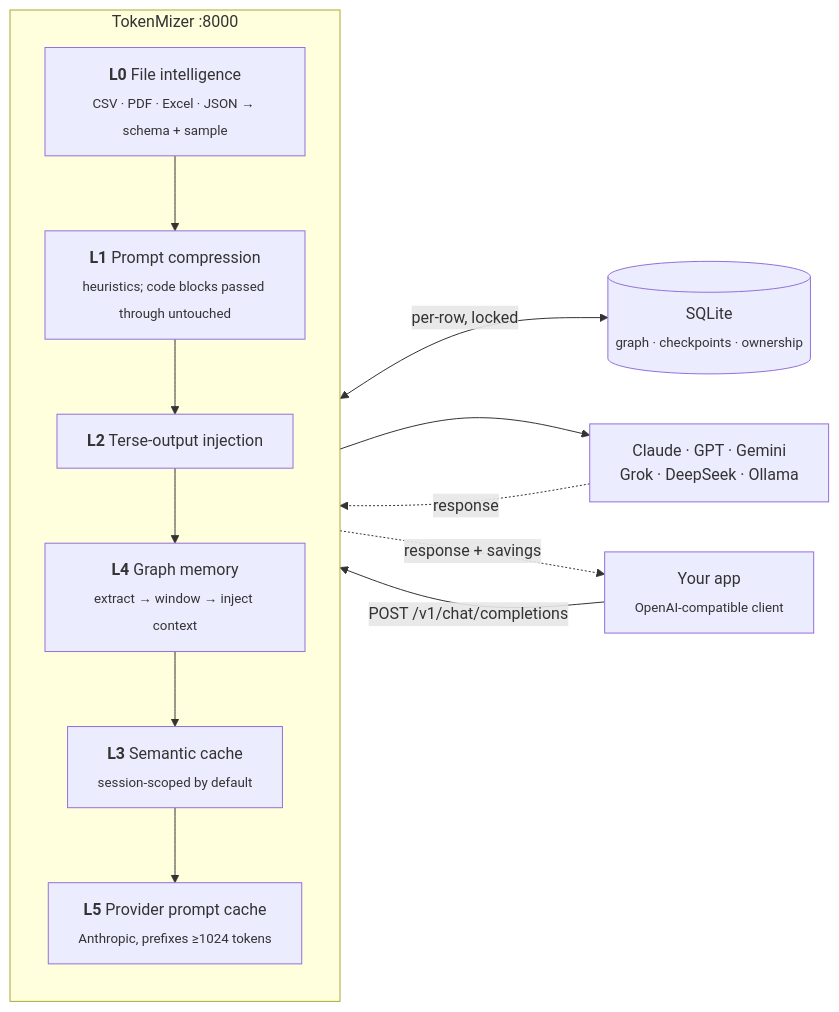
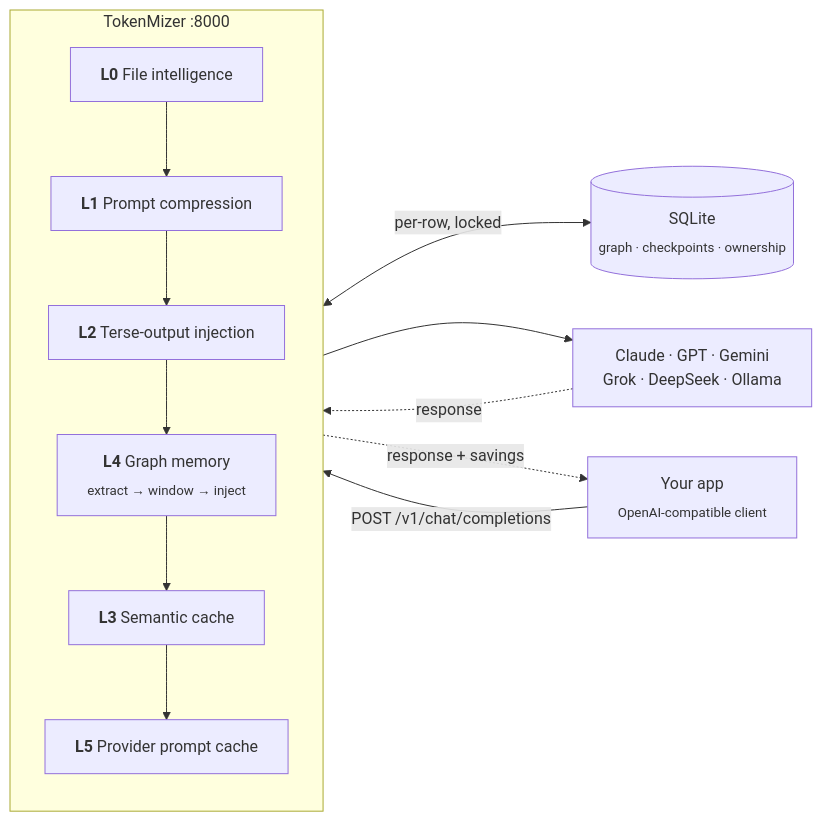
Before and after one commit to Shweta-Mishra-ai/tokenmizer: the diagram in README.md, drawn with Mermaid. The commit also changed other lines of this file and 11 other files, not shown here.

````diff
--- a/README.md
+++ b/README.md
@@ -60,22 +65,22 @@
 ```mermaid
 flowchart LR
     App["Your app<br/><sub>OpenAI-compatible client</sub>"]
     subgraph TM["TokenMizer :8000"]
         direction TB
-        L0["<b>L0</b> File intelligence<br/><sub>CSV · PDF · Excel · JSON → schema + sample</sub>"]
-        L1["<b>L1</b> Prompt compression<br/><sub>heuristics; code blocks passed through untouched</sub>"]
+        L0["<b>L0</b> File intelligence"]
+        L1["<b>L1</b> Prompt compression"]
         L2["<b>L2</b> Terse-output injection"]
-        L4["<b>L4</b> Graph memory<br/><sub>extract → window → inject context</sub>"]
-        L3["<b>L3</b> Semantic cache<br/><sub>session-scoped by default</sub>"]
-        L5["<b>L5</b> Provider prompt cache<br/><sub>Anthropic, prefixes ≥1024 tokens</sub>"]
+        L4["<b>L4</b> Graph memory<br/><sub>extract → window → inject</sub>"]
+        L3["<b>L3</b> Semantic cache"]
+        L5["<b>L5</b> Provider prompt cache"]
         L0 --> L1 --> L2 --> L4 --> L3 --> L5
     end
     LLM["Claude · GPT · Gemini<br/>Grok · DeepSeek · Ollama"]
     DB[("SQLite<br/><sub>graph · checkpoints · ownership</sub>")]
 
     App -->|"POST /v1/chat/completions"| TM
     TM --> LLM
     LLM -.->|response| TM
     TM -.->|"response + savings"| App
     L4 <-->|"per-row, locked"| DB
 ```
````
